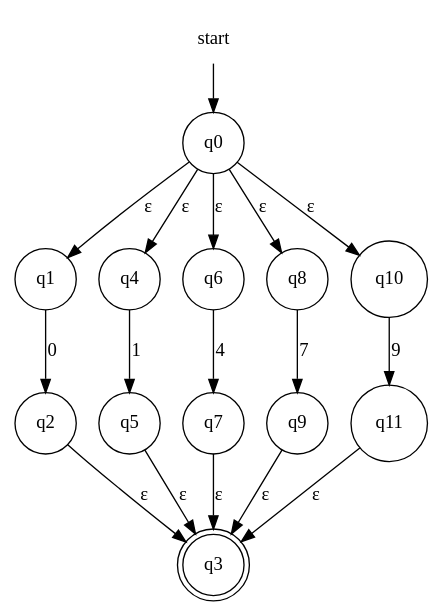
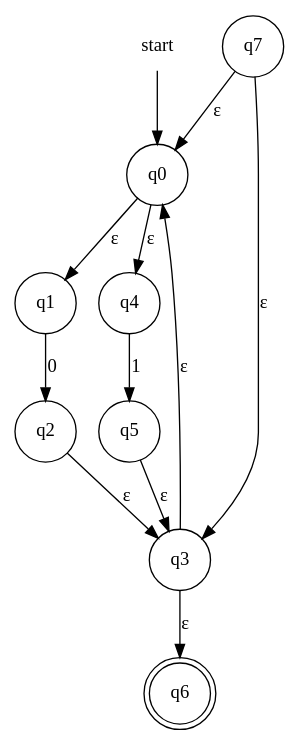
One commit to evertheylen/TA_TO changed the diagram in fase1/RE-eNFA/regex_7.dot. Above: the diagram before and after it, drawn with Graphviz. The commit also changed 19 other files, not shown here.

```diff
--- a/fase1/RE-eNFA/regex_7.dot
+++ b/fase1/RE-eNFA/regex_7.dot
@@ -1,21 +1,16 @@
 digraph automaton {
     node [shape=none]; start;
-    node [shape=doublecircle]; "q3";
+    node [shape=doublecircle]; "q6";
     node [shape=circle];
     start -> "q0";
     "q0" -> "q1" [label="&epsilon;"];
     "q0" -> "q4" [label="&epsilon;"];
-    "q0" -> "q6" [label="&epsilon;"];
-    "q0" -> "q8" [label="&epsilon;"];
-    "q0" -> "q10" [label="&epsilon;"];
     "q1" -> "q2" [label="0"];
     "q2" -> "q3" [label="&epsilon;"];
+    "q3" -> "q0" [label="&epsilon;"];
+    "q3" -> "q6" [label="&epsilon;"];
     "q4" -> "q5" [label="1"];
     "q5" -> "q3" [label="&epsilon;"];
-    "q6" -> "q7" [label="4"];
+    "q7" -> "q0" [label="&epsilon;"];
     "q7" -> "q3" [label="&epsilon;"];
-    "q8" -> "q9" [label="7"];
-    "q9" -> "q3" [label="&epsilon;"];
-    "q10" -> "q11" [label="9"];
-    "q11" -> "q3" [label="&epsilon;"];
 }
```
